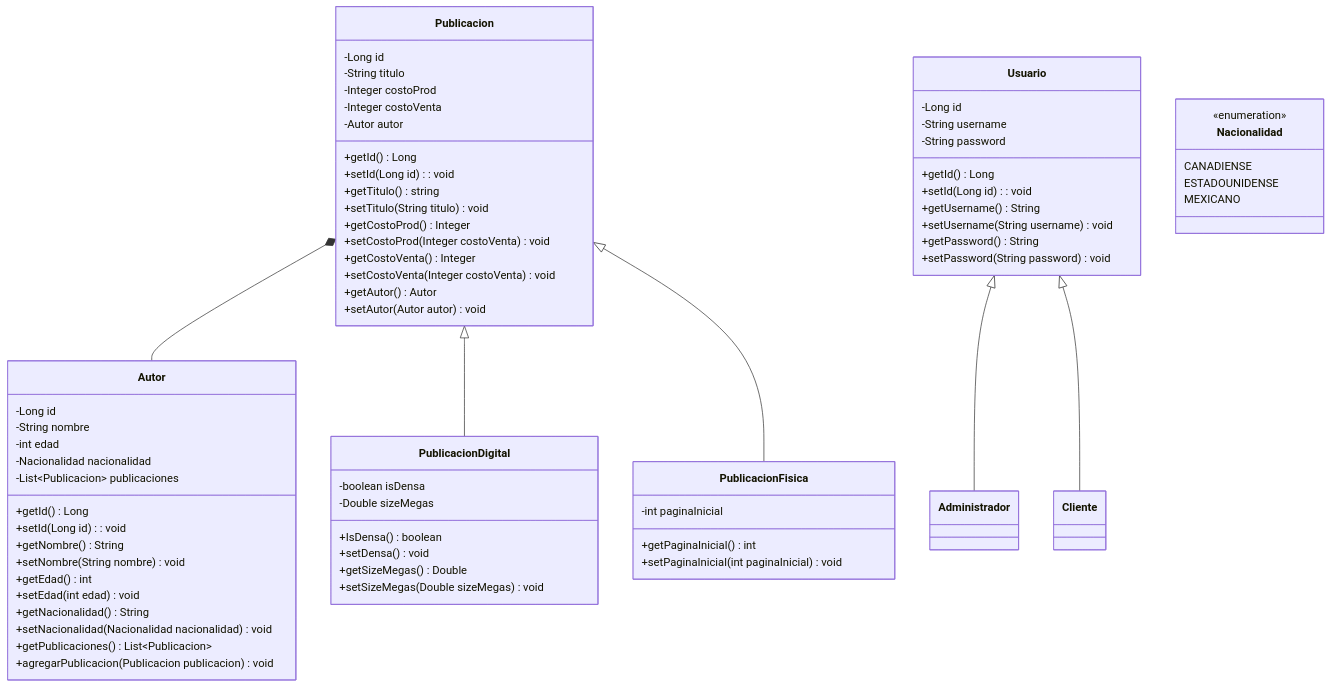
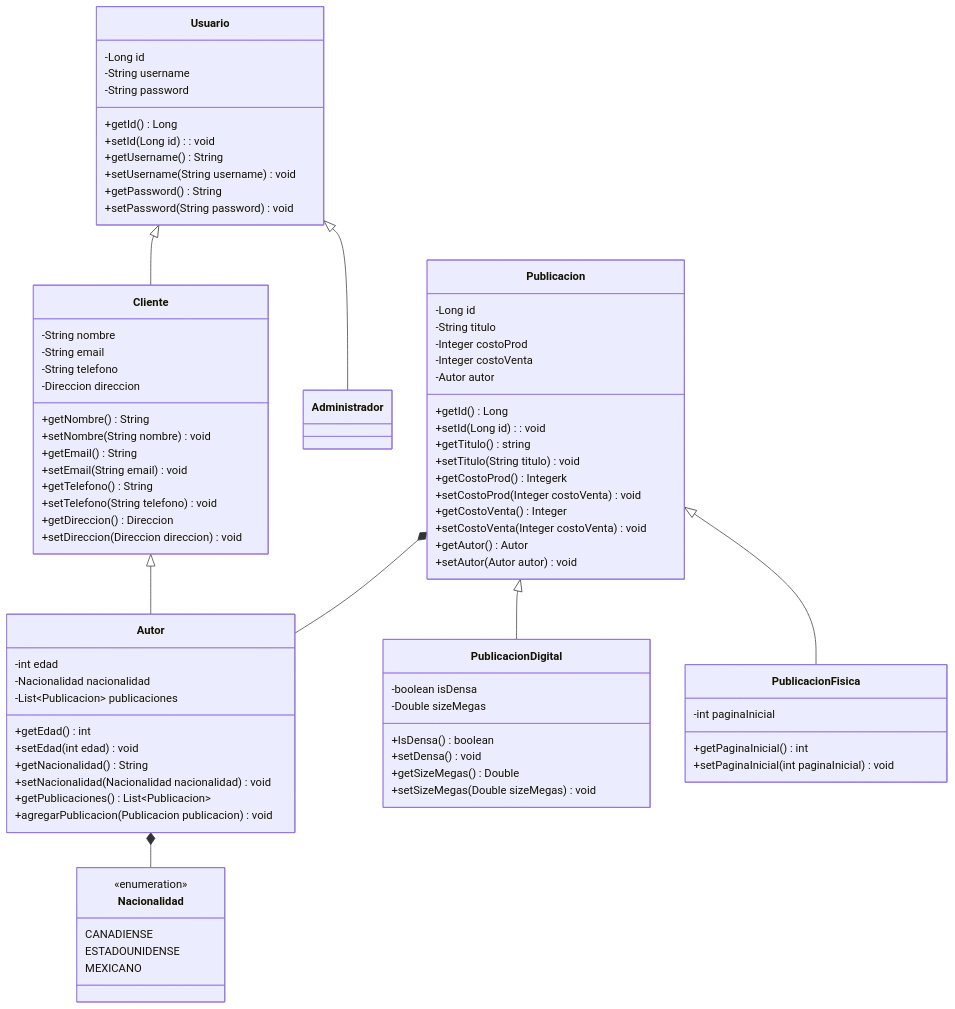
One commit to SilverFlin/U3_PruebasSoftware changed the diagram in 02_Design/ClassDiagrams/dominio.md. Above: the diagram before and after it, drawn with Mermaid.

Commit message:
fix: diagrama dominio

```diff
--- a/02_Design/ClassDiagrams/dominio.md
+++ b/02_Design/ClassDiagrams/dominio.md
@@ -10,20 +10,16 @@
     Publicacion <|-- PublicacionFisica
     Usuario <|-- Administrador
     Usuario <|-- Cliente
+    Cliente <|-- Autor
+    Autor *-- Nacionalidad 
 
 
     %% Classes
     class Autor{
-     -Long id   
-     -String nombre
      -int edad
      -Nacionalidad nacionalidad
      -List~Publicacion~ publicaciones
 
-     +getId() Long
-     +setId(Long id): void
-     +getNombre() String
-     +setNombre(String nombre) void
      +getEdad() int
      +setEdad(int edad) void
      +getNacionalidad() String
@@ -44,13 +40,15 @@
         +setId(Long id): void
         +getTitulo() string
         +setTitulo(String titulo) void
-        +getCostoProd() Integer
+        +getCostoProd() Integerk
         +setCostoProd(Integer costoVenta) void
         +getCostoVenta() Integer
         +setCostoVenta(Integer costoVenta) void
         +getAutor() Autor
         +setAutor(Autor autor) void
     }
+
+
    
 
     class PublicacionFisica{
@@ -84,8 +82,21 @@
     }
 
     class Cliente{
+        -String nombre
+        -String email
+        -String telefono
+        -Direccion direccion
 
+        +getNombre() String
+        +setNombre(String nombre) void
+        +getEmail() String
+        +setEmail(String email) void
+        +getTelefono() String
+        +setTelefono(String telefono) void
+        +getDireccion() Direccion
+        +setDireccion(Direccion direccion) void
     }
+
     class Administrador{
         
     }
```
